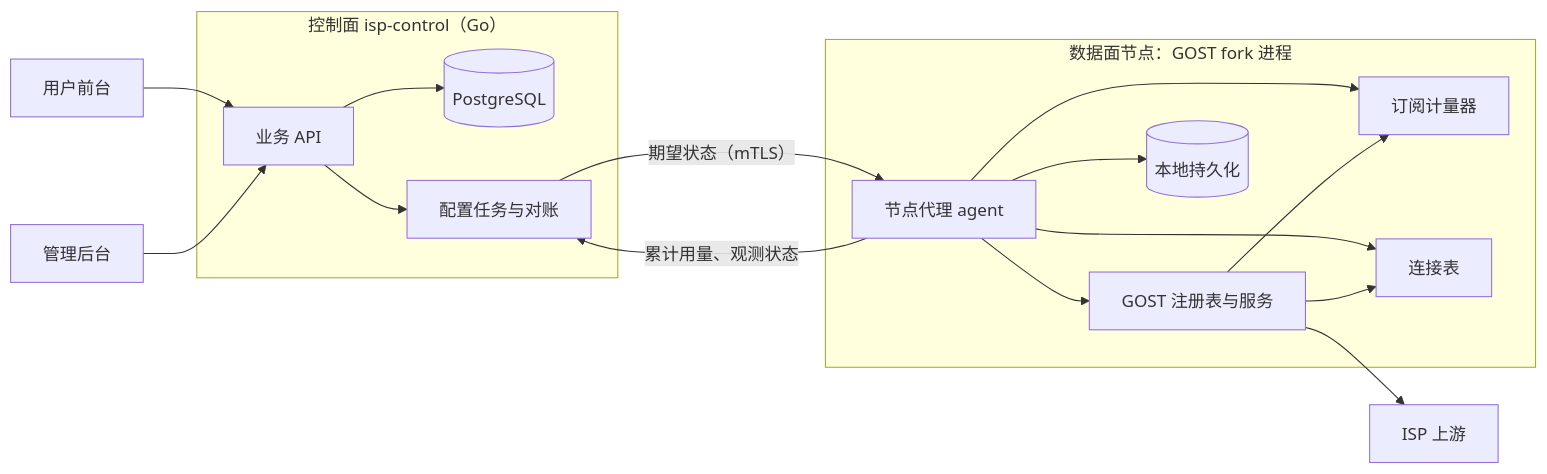
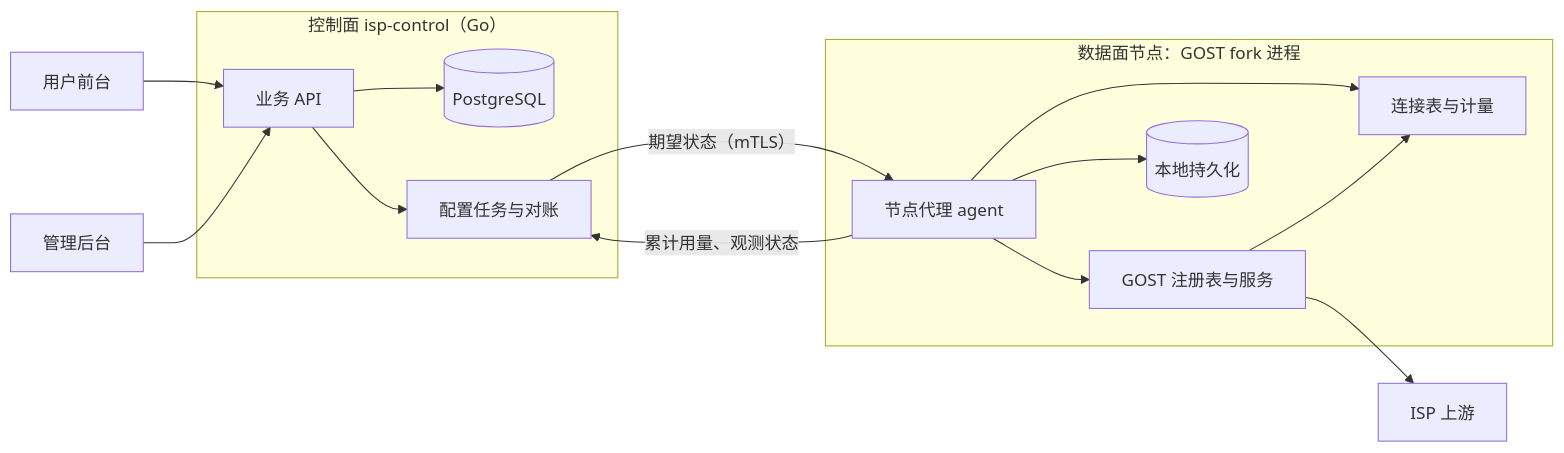
One commit to youngshunf/isp-proxy changed the diagram in docs/04-计量与执行方案.md. Above: the diagram before and after it, drawn with Mermaid. The commit also changed other lines of this file and 11 other files, not shown here.

````diff
--- a/docs/04-计量与执行方案.md
+++ b/docs/04-计量与执行方案.md
@@ -37,20 +41,18 @@
 ```mermaid
 flowchart LR
     U[用户前台] --> API
     A[管理后台] --> API
     subgraph CP[控制面 isp-control（Go）]
       API[业务 API] --> DB[(PostgreSQL)]
       API --> TQ[配置任务与对账]
     end
     TQ -- 期望状态（mTLS） --> AG
     AG -- 累计用量、观测状态 --> TQ
     subgraph DP[数据面节点：GOST fork 进程]
       AG[节点代理 agent] --> REG[GOST 注册表与服务]
-      AG --> MT[订阅计量器]
-      AG --> CT[连接表]
+      AG --> CT[连接表与计量]
       AG --> LS[(本地持久化)]
-      REG --> MT
       REG --> CT
     end
     REG --> ISP[ISP 上游]
 ```
````
